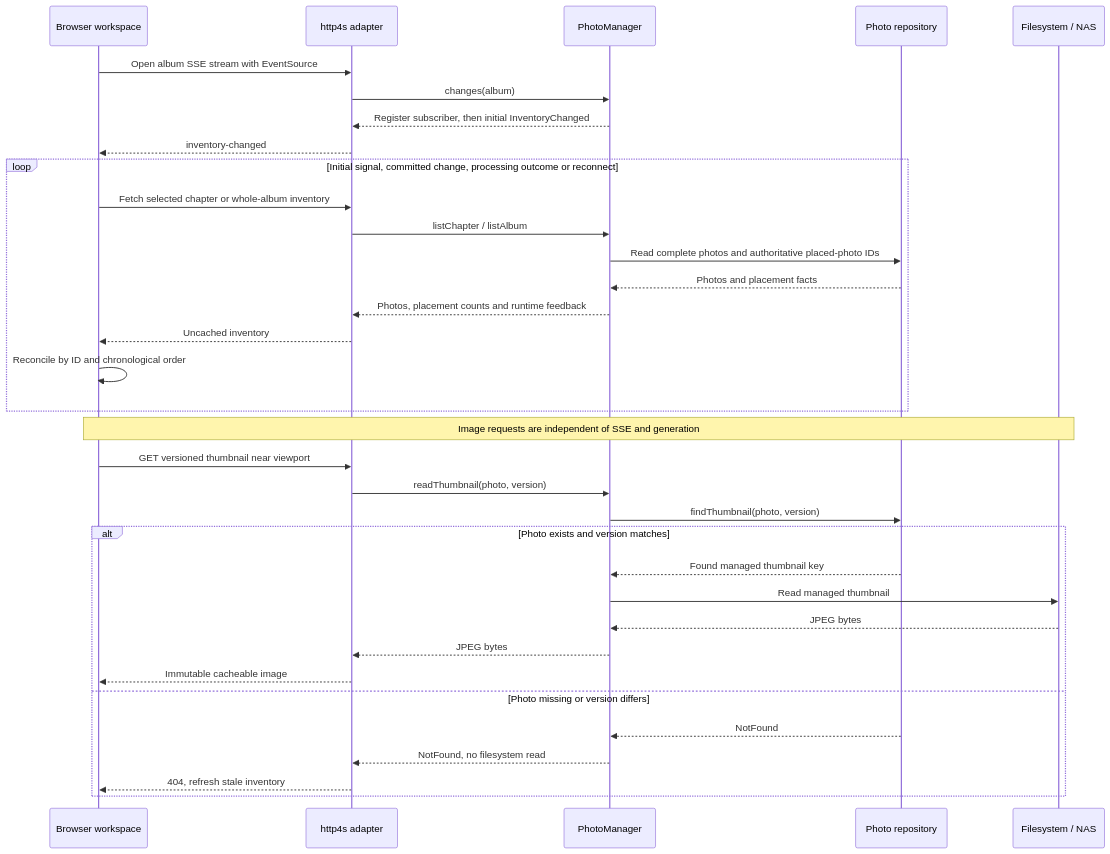
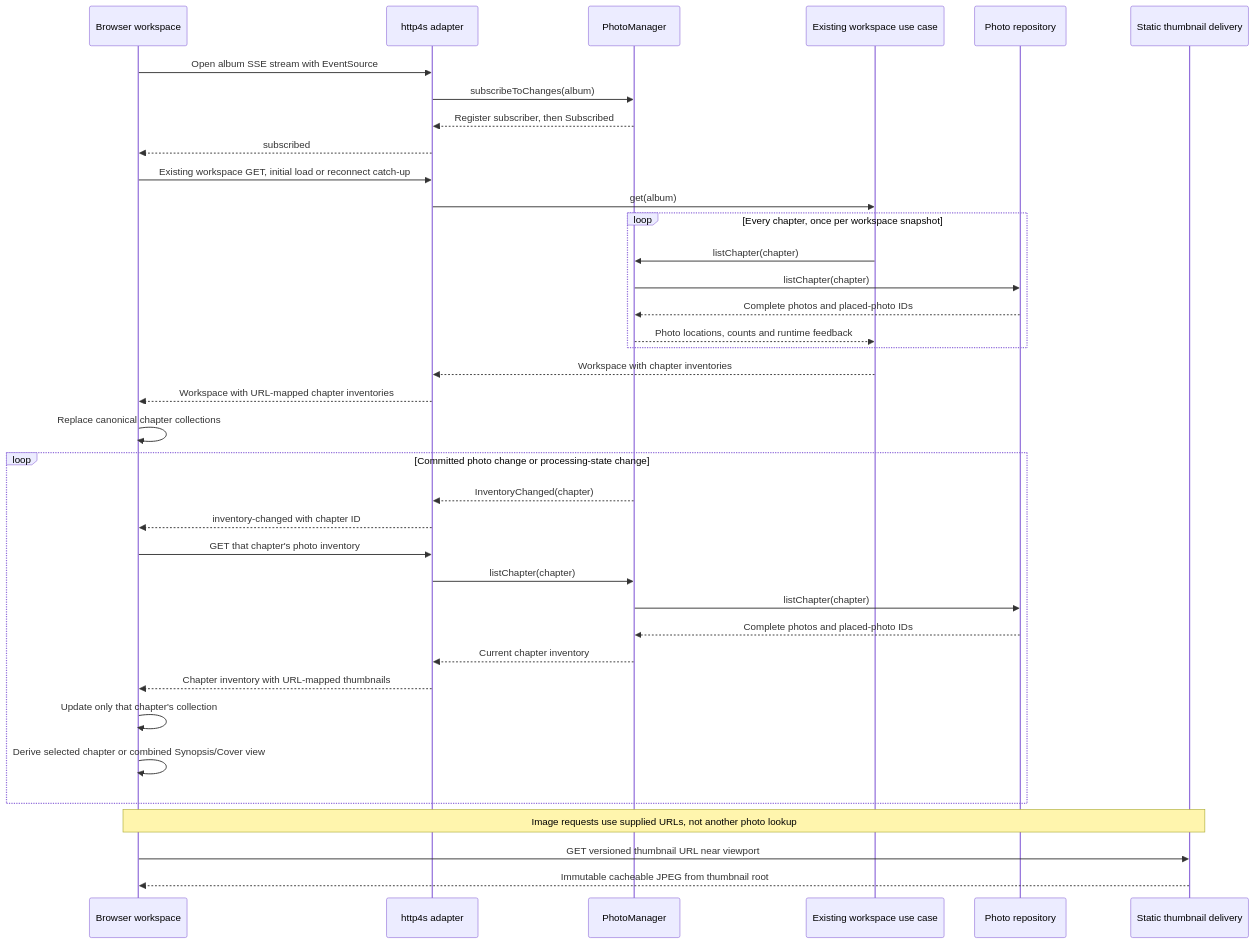
One commit to Shepherd-s-Den/photography changed the second of 2 diagrams in specs/changes/chapter-photo-import/proposal.md. Above: the diagram before and after it, drawn with Mermaid. The commit also changed other lines of this file and 2 other files, not shown here.

First line of the commit message:
Simplify photo APIs around callers and effectful generation

````diff
--- a/specs/changes/chapter-photo-import/proposal.md
+++ b/specs/changes/chapter-photo-import/proposal.md
@@ -147,36 +147,39 @@
 ```mermaid
 sequenceDiagram
   participant B as Browser workspace
   participant H as http4s adapter
   participant M as PhotoManager
+  participant W as Existing workspace use case
   participant R as Photo repository
-  participant F as Filesystem / NAS
+  participant T as Static thumbnail delivery
   B->>H: Open album SSE stream with EventSource
-  H->>M: changes(album)
-  M-->>H: Register subscriber, then initial InventoryChanged
-  H-->>B: inventory-changed
-  loop Initial signal, committed change, processing outcome or reconnect
-    B->>H: Fetch selected chapter or whole-album inventory
-    H->>M: listChapter / listAlbum
-    M->>R: Read complete photos and authoritative placed-photo IDs
-    R-->>M: Photos and placement facts
-    M-->>H: Photos, placement counts and runtime feedback
-    H-->>B: Uncached inventory
-    B->>B: Reconcile by ID and chronological order
+  H->>M: subscribeToChanges(album)
+  M-->>H: Register subscriber, then Subscribed
+  H-->>B: subscribed
+  B->>H: Existing workspace GET, initial load or reconnect catch-up
+  H->>W: get(album)
+  loop Every chapter, once per workspace snapshot
+    W->>M: listChapter(chapter)
+    M->>R: listChapter(chapter)
+    R-->>M: Complete photos and placed-photo IDs
+    M-->>W: Photo locations, counts and runtime feedback
   end
-  Note over B,F: Image requests are independent of SSE and generation
-  B->>H: GET versioned thumbnail near viewport
-  H->>M: readThumbnail(photo, version)
-  M->>R: findThumbnail(photo, version)
-  alt Photo exists and version matches
-    R-->>M: Found managed thumbnail key
-    M->>F: Read managed thumbnail
-    F-->>M: JPEG bytes
-    M-->>H: JPEG bytes
-    H-->>B: Immutable cacheable image
-  else Photo missing or version differs
-    R-->>M: NotFound
-    M-->>H: NotFound, no filesystem read
-    H-->>B: 404, refresh stale inventory
+  W-->>H: Workspace with chapter inventories
+  H-->>B: Workspace with URL-mapped chapter inventories
+  B->>B: Replace canonical chapter collections
+  loop Committed photo change or processing-state change
+    M-->>H: InventoryChanged(chapter)
+    H-->>B: inventory-changed with chapter ID
+    B->>H: GET that chapter's photo inventory
+    H->>M: listChapter(chapter)
+    M->>R: listChapter(chapter)
+    R-->>M: Complete photos and placed-photo IDs
+    M-->>H: Current chapter inventory
+    H-->>B: Chapter inventory with URL-mapped thumbnails
+    B->>B: Update only that chapter's collection
+    B->>B: Derive selected chapter or combined Synopsis/Cover view
   end
+  Note over B,T: Image requests use supplied URLs, not another photo lookup
+  B->>T: GET versioned thumbnail URL near viewport
+  T-->>B: Immutable cacheable JPEG from thumbnail root
 ```
````
